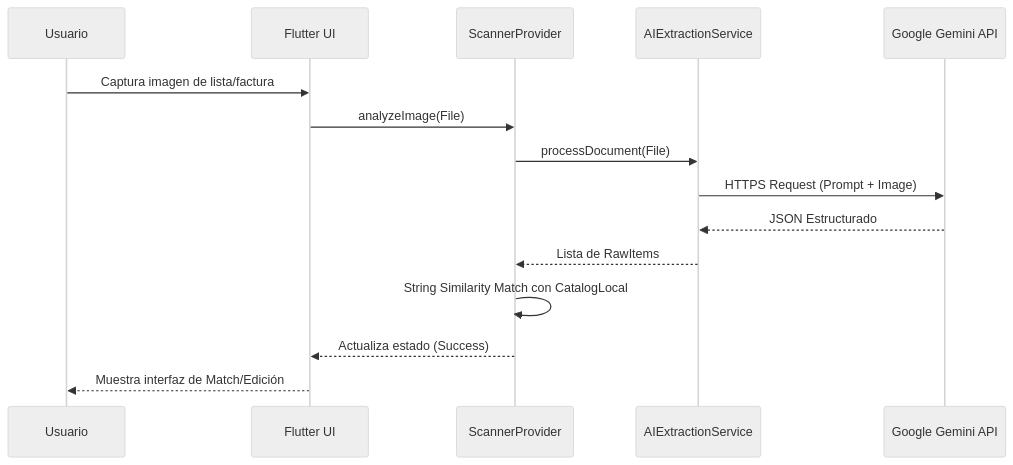
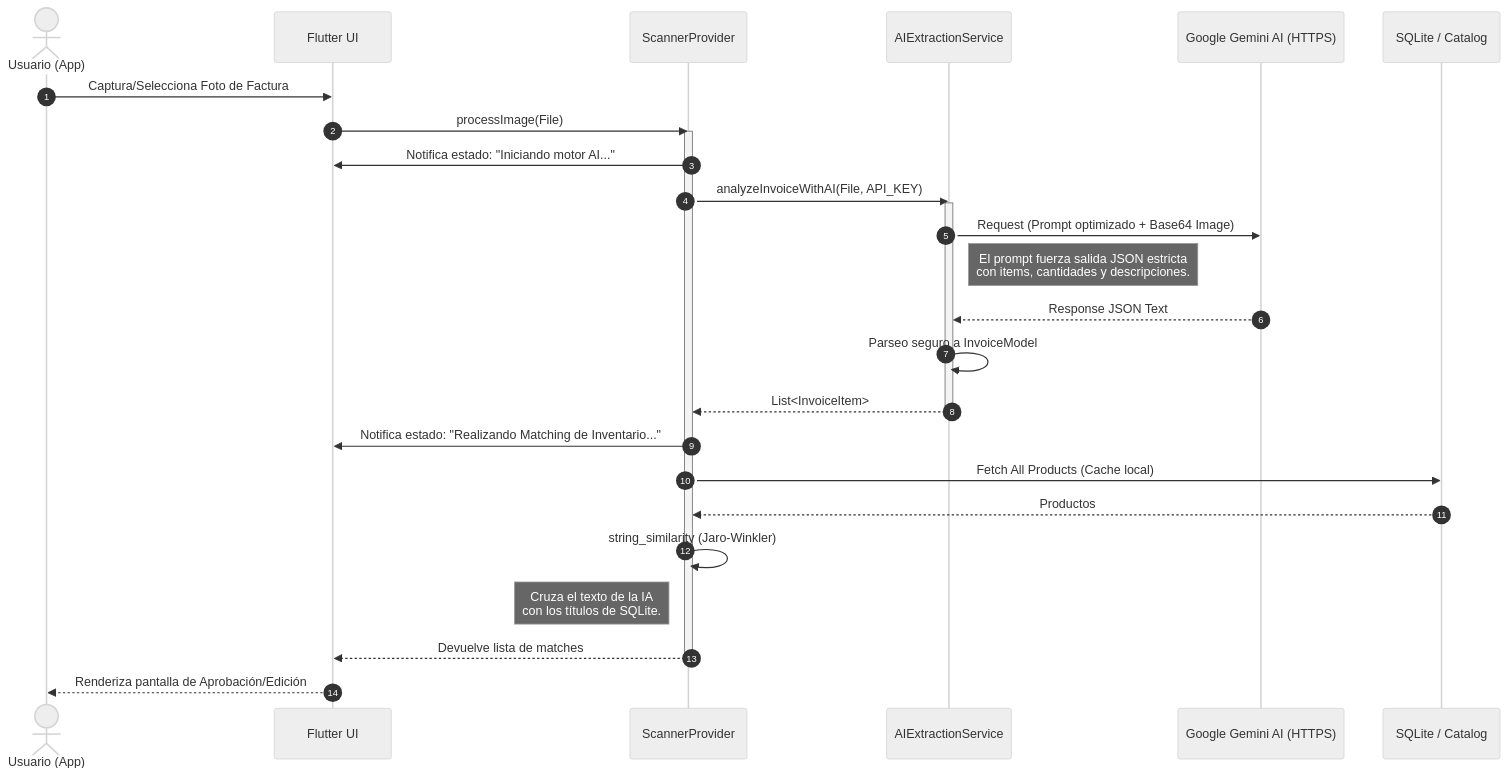
The third of 4 diagrams in docs/ARCHITECTURE.md (jader00321/mochilalista-app), drawn with Mermaid (neutral theme) before and after one commit. The commit also changed other lines of this file and 349 other files, not shown here.

````diff
--- a/docs/ARCHITECTURE.md
+++ b/docs/ARCHITECTURE.md
@@ -76,18 +117,33 @@
 ```mermaid
 sequenceDiagram
-    participant U as Usuario
+    autonumber
+    actor U as Usuario (App)
     participant UI as Flutter UI
-    participant P as ScannerProvider
-    participant S as AIExtractionService
-    participant API as Google Gemini API
+    participant SP as ScannerProvider
+    participant AI as AIExtractionService
+    participant Gemini as Google Gemini AI (HTTPS)
+    participant DB as SQLite / Catalog
+
+    U->>UI: Captura/Selecciona Foto de Factura
+    UI->>SP: processImage(File)
+    activate SP
+    SP->>UI: Notifica estado: "Iniciando motor AI..."
+    SP->>AI: analyzeInvoiceWithAI(File, API_KEY)
+    activate AI
+    AI->>Gemini: Request (Prompt optimizado + Base64 Image)
+    note right of AI: El prompt fuerza salida JSON estricta<br>con items, cantidades y descripciones.
+    Gemini-->>AI: Response JSON Text
+    AI->>AI: Parseo seguro a InvoiceModel
+    AI-->>SP: List<InvoiceItem>
+    deactivate AI
     
-    U->>UI: Captura imagen de lista/factura
-    UI->>P: analyzeImage(File)
-    P->>S: processDocument(File)
-    S->>API: HTTPS Request (Prompt + Image)
-    API-->>S: JSON Estructurado
-    S-->>P: Lista de RawItems
-    P->>P: String Similarity Match con CatalogLocal
-    P-->>UI: Actualiza estado (Success)
-    UI-->>U: Muestra interfaz de Match/Edición
+    SP->>UI: Notifica estado: "Realizando Matching de Inventario..."
+    SP->>DB: Fetch All Products (Cache local)
+    DB-->>SP: Productos
+    SP->>SP: string_similarity (Jaro-Winkler)
+    note left of SP: Cruza el texto de la IA<br>con los títulos de SQLite.
+    
+    SP-->>UI: Devuelve lista de matches
+    deactivate SP
+    UI-->>U: Renderiza pantalla de Aprobación/Edición
 ```
````
